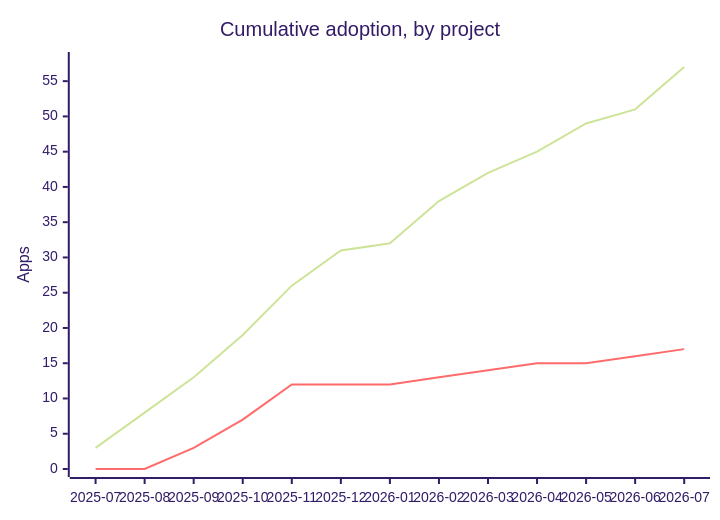
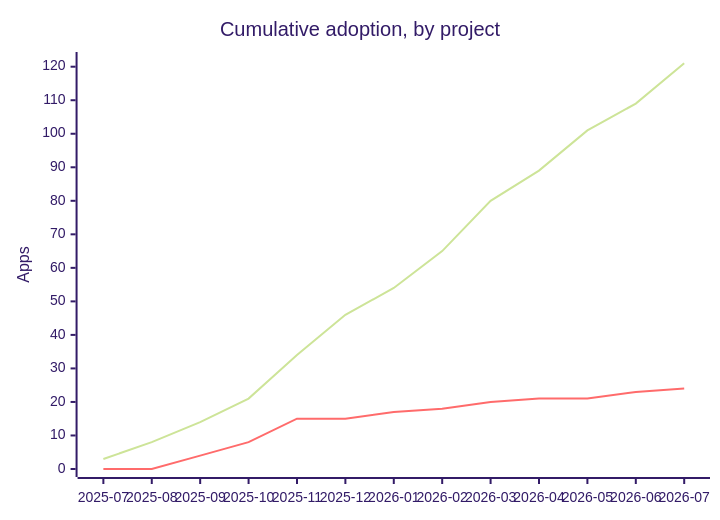
One commit to marcoroth/herb-corpus changed the first of 2 diagrams in README.md. Above: the diagram before and after it, drawn with Mermaid (forest theme). The commit also changed other lines of this file and 214 other files, not shown here.

````diff
--- a/README.md
+++ b/README.md
@@ -632,8 +632,8 @@
 ```mermaid
 xychart
   title "Cumulative adoption, by project"
   x-axis ["2025-07", "2025-08", "2025-09", "2025-10", "2025-11", "2025-12", "2026-01", "2026-02", "2026-03", "2026-04", "2026-05", "2026-06", "2026-07"]
-  y-axis "Apps" 0 --> 58
-  line [3, 8, 13, 19, 26, 31, 32, 38, 42, 45, 49, 51, 57]
-  line [0, 0, 3, 7, 12, 12, 12, 13, 14, 15, 15, 16, 17]
+  y-axis "Apps" 0 --> 122
+  line [3, 8, 14, 21, 34, 46, 54, 65, 80, 89, 101, 109, 121]
+  line [0, 0, 4, 8, 15, 15, 17, 18, 20, 21, 21, 23, 24]
 ```
````
